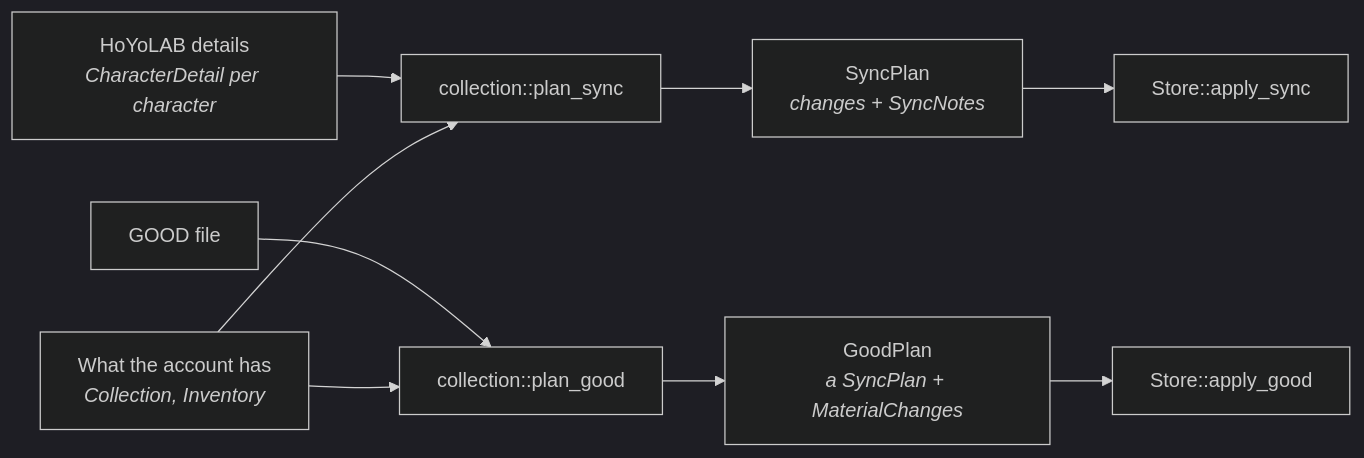
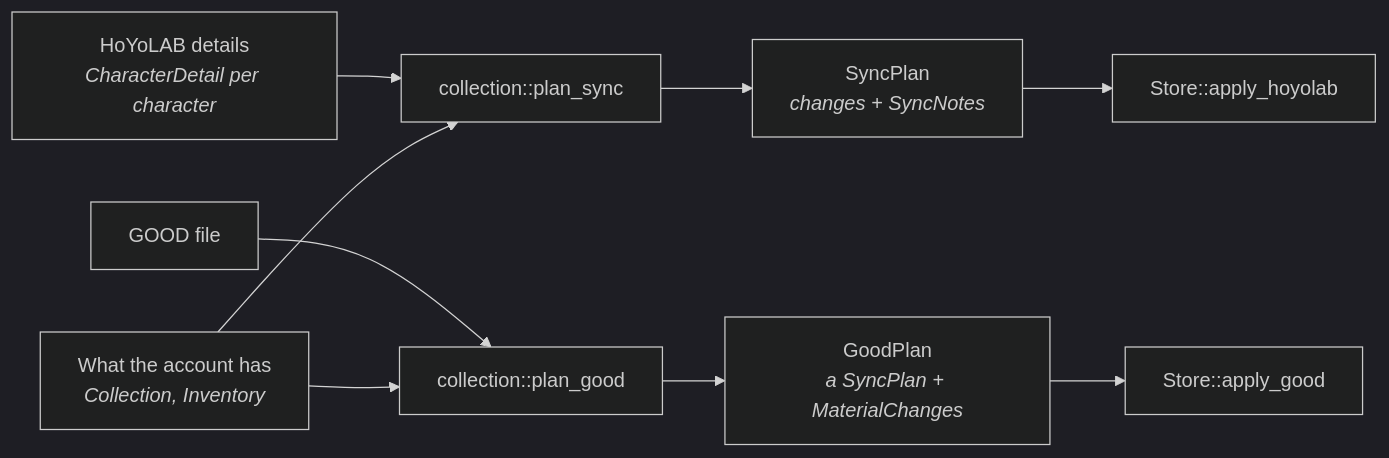
Before and after one commit to Deltouille/genshin-companion-rust: the diagram in docs/architecture/collection-archive.md, drawn with Mermaid (dark theme). The commit also changed other lines of this file and 79 other files, not shown here.

````diff
--- a/docs/architecture/collection-archive.md
+++ b/docs/architecture/collection-archive.md
@@ -33,11 +33,11 @@
 ```mermaid
 graph LR
     hoyolab["HoYoLAB details<br/><i>CharacterDetail per character</i>"] --> plan_sync["collection::plan_sync"]
     good["GOOD file"] --> plan_good["collection::plan_good"]
     stored["What the account has<br/><i>Collection, Inventory</i>"] --> plan_sync
     stored --> plan_good
     plan_sync --> syncplan["SyncPlan<br/><i>changes + SyncNotes</i>"]
     plan_good --> goodplan["GoodPlan<br/><i>a SyncPlan + MaterialChanges</i>"]
-    syncplan --> apply_sync["Store::apply_sync"]
+    syncplan --> apply_sync["Store::apply_hoyolab"]
     goodplan --> apply_good["Store::apply_good"]
 ```
````
